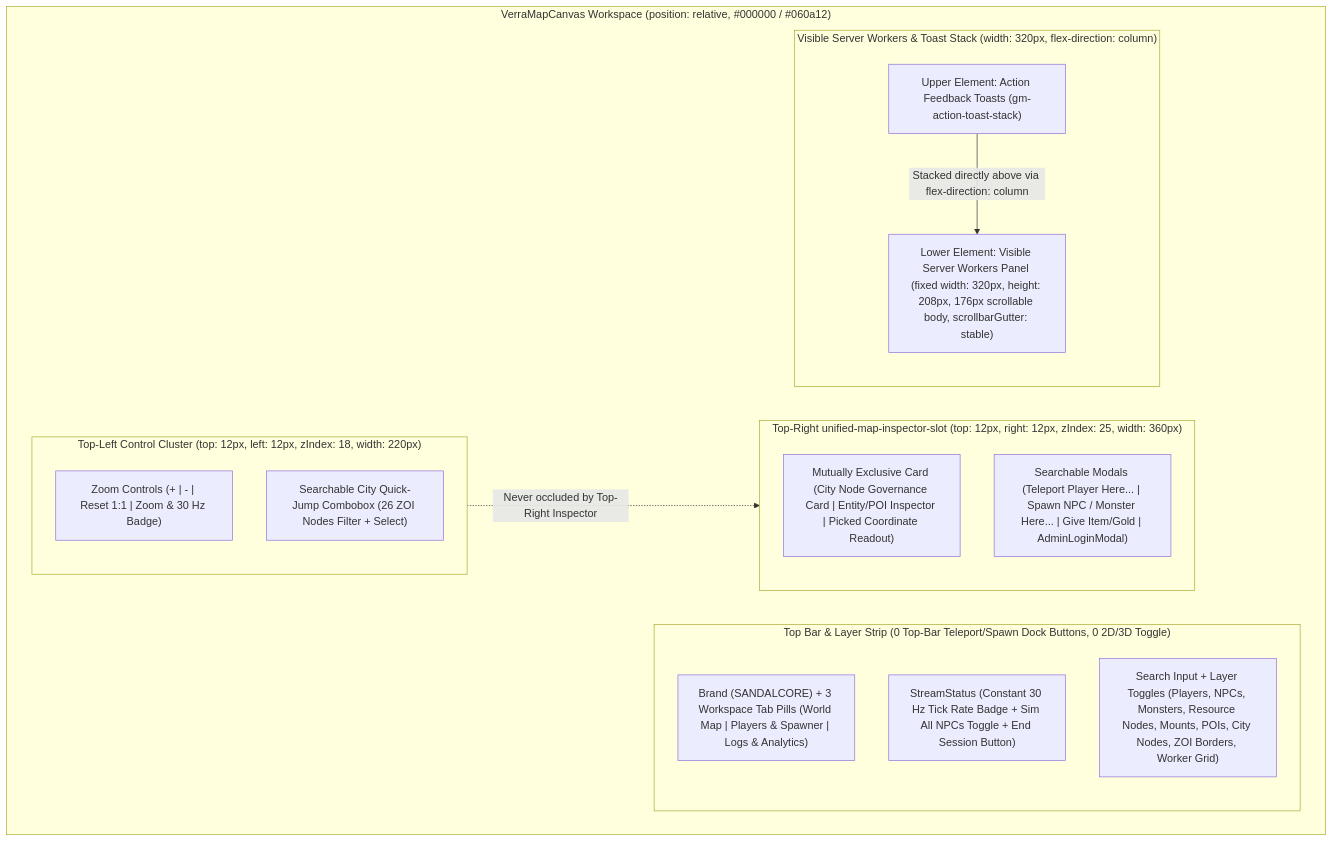
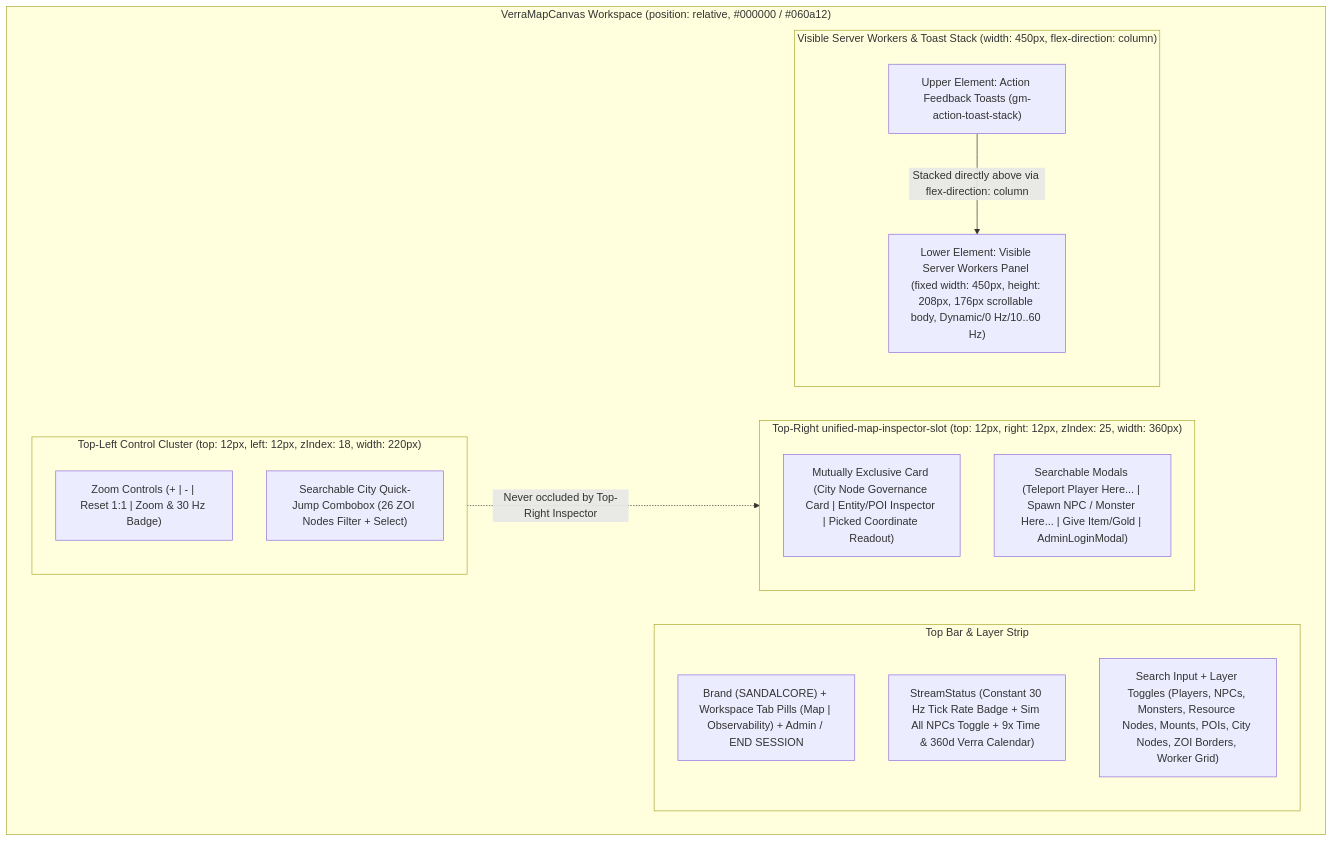
The second of 2 diagrams in docs/UI_STYLE_GUIDE.md (debuggin/SandalCore), drawn with Mermaid before and after one commit. The commit also changed other lines of this file and 114 other files, not shown here.

First line of the commit message:
feat(world-admin): add Verra calendar, tier 5/6 layouts & 26-plan bots

````diff
--- a/docs/UI_STYLE_GUIDE.md
+++ b/docs/UI_STYLE_GUIDE.md
@@ -202,28 +202,28 @@
 ```mermaid
 flowchart TB
     subgraph MapViewport["VerraMapCanvas Workspace (position: relative, #000000 / #060a12)"]
-        subgraph TopHeader["Top Bar & Layer Strip (0 Top-Bar Teleport/Spawn Dock Buttons, 0 2D/3D Toggle)"]
-            BrandAndTabs["Brand (SANDALCORE) + 3 Workspace Tab Pills (World Map | Players & Spawner | Logs & Analytics)"]
-            StreamBar["StreamStatus (Constant 30 Hz Tick Rate Badge + Sim All NPCs Toggle + End Session Button)"]
+        subgraph TopHeader["Top Bar & Layer Strip"]
+            BrandAndTabs["Brand (SANDALCORE) + Workspace Tab Pills (Map | Observability) + Admin / END SESSION"]
+            StreamBar["StreamStatus (Constant 30 Hz Tick Rate Badge + Sim All NPCs Toggle + 9x Time & 360d Verra Calendar)"]
             LayerBar["Search Input + Layer Toggles (Players, NPCs, Monsters, Resource Nodes, Mounts, POIs, City Nodes, ZOI Borders, Worker Grid)"]
         end
 
         subgraph TopLeftCluster["Top-Left Control Cluster (top: 12px, left: 12px, zIndex: 18, width: 220px)"]
             ZoomBar["Zoom Controls (+ | - | Reset 1:1 | Zoom & 30 Hz Badge)"]
             CityQuickJump["Searchable City Quick-Jump Combobox (26 ZOI Nodes Filter + Select)"]
         end
 
         subgraph TopRightSlot["Top-Right unified-map-inspector-slot (top: 12px, right: 12px, zIndex: 25, width: 360px)"]
             InspectorUnion["Mutually Exclusive Card (City Node Governance Card | Entity/POI Inspector | Picked Coordinate Readout)"]
             SearchableModals["Searchable Modals (Teleport Player Here... | Spawn NPC / Monster Here... | Give Item/Gold | AdminLoginModal)"]
         end
 
-        subgraph WorkerAndToastDock["Visible Server Workers & Toast Stack (width: 320px, flex-direction: column)"]
+        subgraph WorkerAndToastDock["Visible Server Workers & Toast Stack (width: 450px, flex-direction: column)"]
             ToastStack["Upper Element: Action Feedback Toasts (gm-action-toast-stack)"]
-            VisibleWorkers["Lower Element: Visible Server Workers Panel (fixed width: 320px, height: 208px, 176px scrollable body, scrollbarGutter: stable)"]
+            VisibleWorkers["Lower Element: Visible Server Workers Panel (fixed width: 450px, height: 208px, 176px scrollable body, Dynamic/0 Hz/10..60 Hz)"]
         end
     end
 
     TopLeftCluster -. "Never occluded by Top-Right Inspector" .-> TopRightSlot
     ToastStack -->|"Stacked directly above via flex-direction: column"| VisibleWorkers
 ```
````
